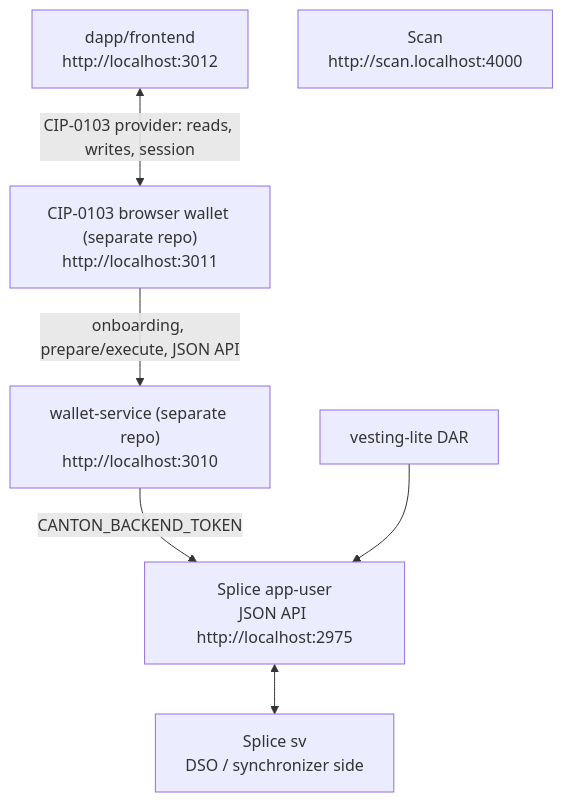
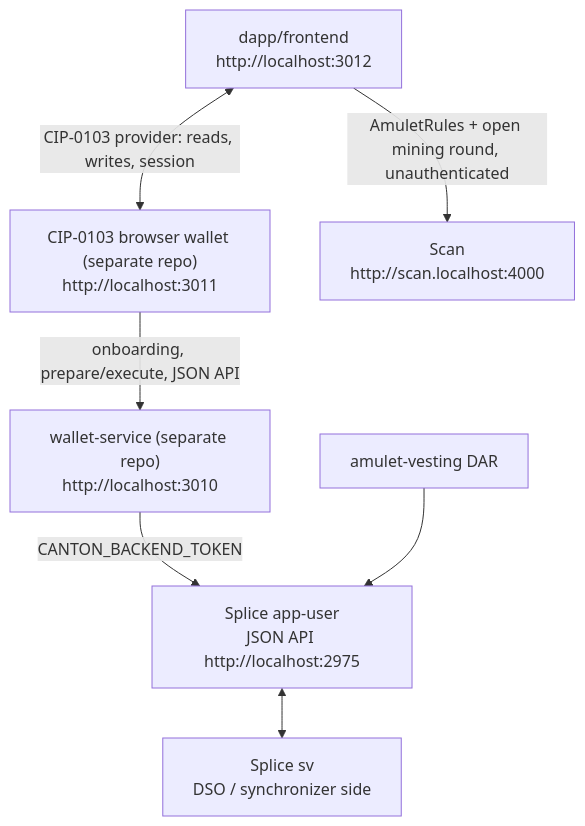
The diagram in architecture.md (BootNodeDev/canton-dappbooster), drawn with Mermaid before and after one commit. The commit also changed other lines of this file and 2 other files, not shown here.

First line of the commit message:
docs: describe the amulet-vesting stack

````diff
--- a/architecture.md
+++ b/architecture.md
@@ -18,16 +18,17 @@
 ```mermaid
 flowchart TD
   fe["dapp/frontend<br/>http://localhost:3012"]
   wallet["CIP-0103 browser wallet (separate repo)<br/>http://localhost:3011"]
   ws["wallet-service (separate repo)<br/>http://localhost:3010"]
   au["Splice app-user<br/>JSON API http://localhost:2975"]
   sv["Splice sv<br/>DSO / synchronizer side"]
   scan["Scan<br/>http://scan.localhost:4000"]
-  dar["vesting-lite DAR"]
+  dar["amulet-vesting DAR"]
 
+  fe -->|"AmuletRules + open mining round, unauthenticated"| scan
   fe <-->|"CIP-0103 provider: reads, writes, session"| wallet
   wallet -->|"onboarding, prepare/execute, JSON API"| ws
   ws -->|"CANTON_BACKEND_TOKEN"| au
   au <--> sv
   dar --> au
 ```
````
